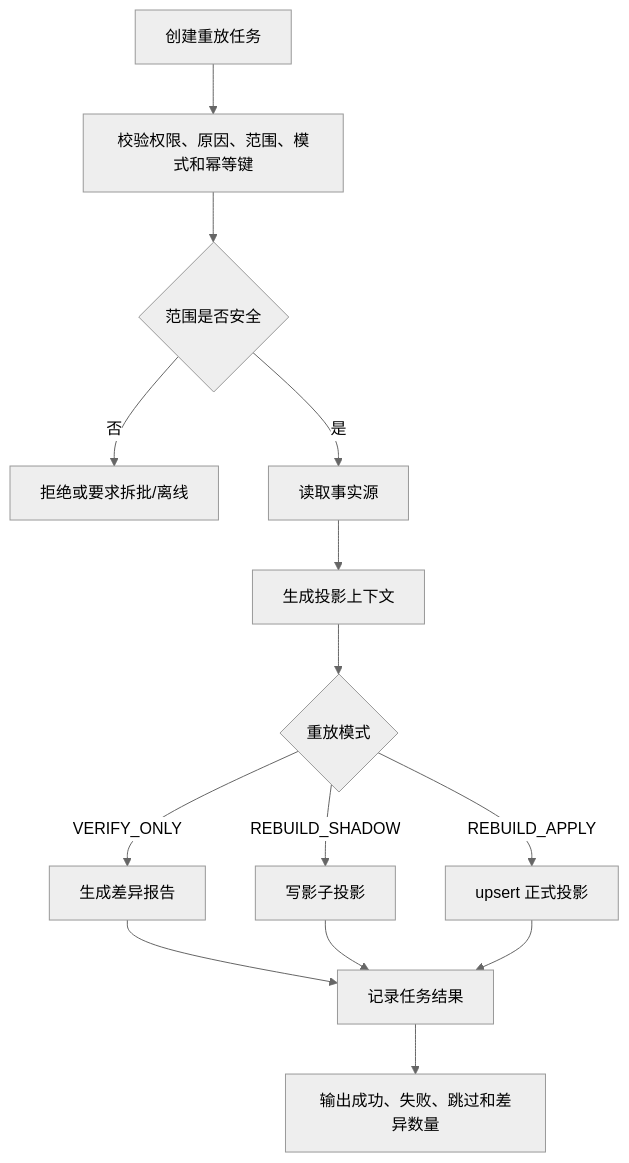
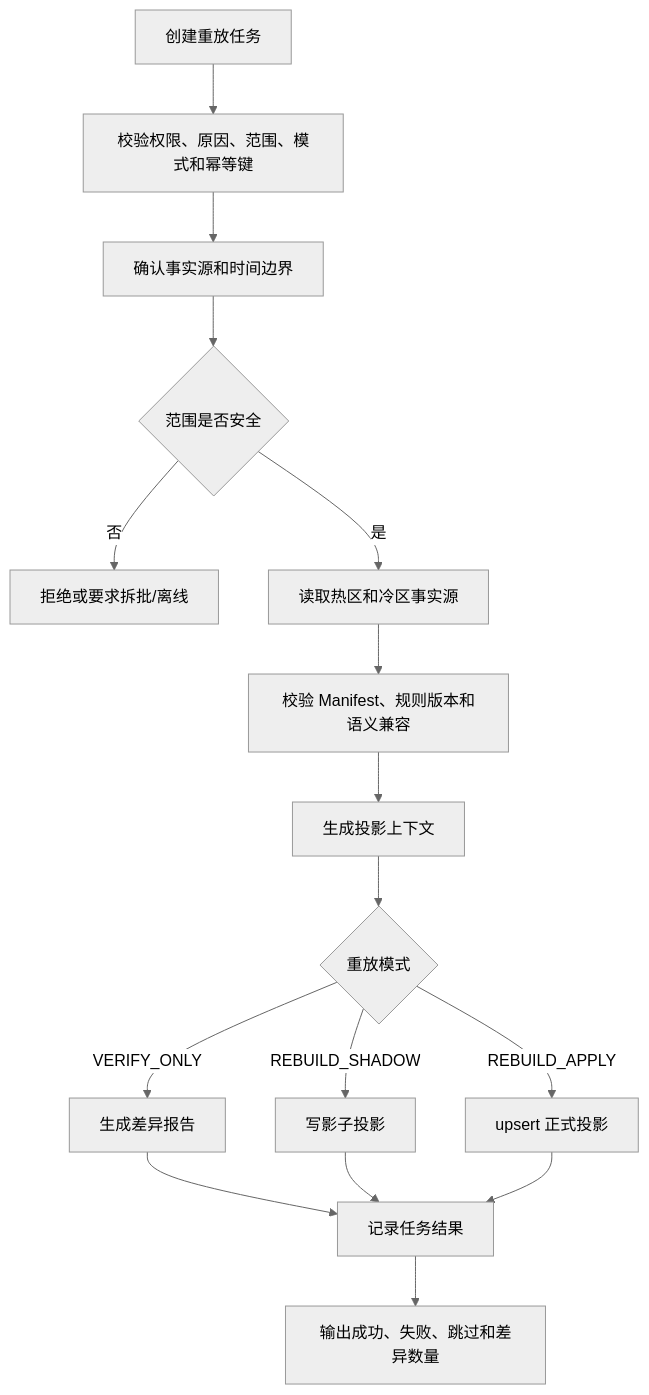
Before and after one commit to fengwuxp/wind-funds: the fifth of 5 diagrams in docs/产品设计/04-归档重放与指标治理.md, drawn with Mermaid (neutral theme). The commit also changed other lines of this file and 16 other files, not shown here.

````diff
--- a/docs/产品设计/04-归档重放与指标治理.md
+++ b/docs/产品设计/04-归档重放与指标治理.md
@@ -187,16 +344,18 @@
 ```mermaid
 flowchart TD
     A["创建重放任务"] --> B["校验权限、原因、范围、模式和幂等键"]
-    B --> C{"范围是否安全"}
-    C -- "否" --> D["拒绝或要求拆批/离线"]
-    C -- "是" --> E["读取事实源"]
-    E --> F["生成投影上下文"]
-    F --> G{"重放模式"}
-    G -- "VERIFY_ONLY" --> H["生成差异报告"]
-    G -- "REBUILD_SHADOW" --> I["写影子投影"]
-    G -- "REBUILD_APPLY" --> J["upsert 正式投影"]
-    H --> K["记录任务结果"]
-    I --> K
-    J --> K
-    K --> L["输出成功、失败、跳过和差异数量"]
+    B --> C["确认事实源和时间边界"]
+    C --> D{"范围是否安全"}
+    D -- "否" --> E["拒绝或要求拆批/离线"]
+    D -- "是" --> F["读取热区和冷区事实源"]
+    F --> G["校验 Manifest、规则版本和语义兼容"]
+    G --> H["生成投影上下文"]
+    H --> I{"重放模式"}
+    I -- "VERIFY_ONLY" --> J["生成差异报告"]
+    I -- "REBUILD_SHADOW" --> K["写影子投影"]
+    I -- "REBUILD_APPLY" --> L["upsert 正式投影"]
+    J --> M["记录任务结果"]
+    K --> M
+    L --> M
+    M --> N["输出成功、失败、跳过和差异数量"]
 ```
````
